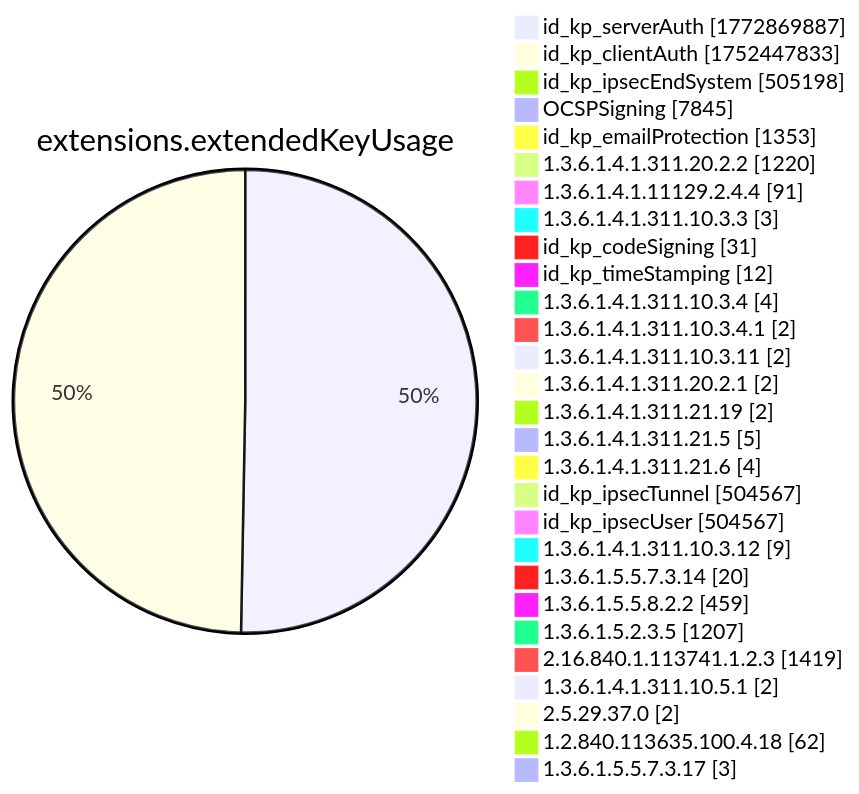
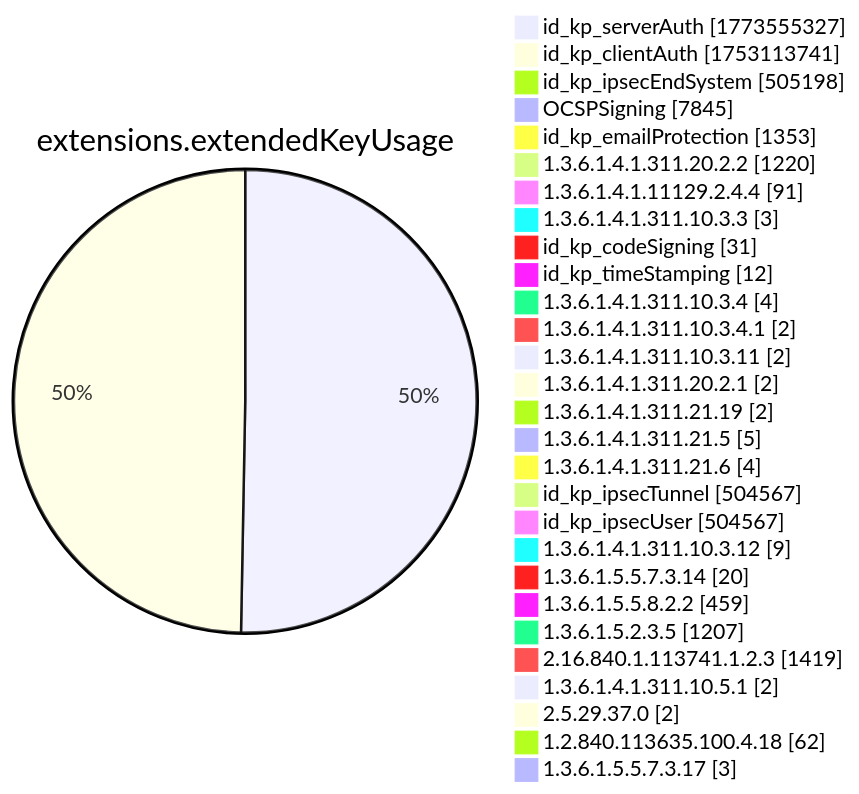
Before and after one commit to christiankrug/ctmonitor_visualization: diagram 12 of 15 in xenon2022/README.md, drawn with Mermaid. The commit also changed other lines of this file, not shown here.

````diff
--- a/xenon2022/README.md
+++ b/xenon2022/README.md
@@ -3893,32 +3893,32 @@
 ```mermaid
 pie showData
 title extensions.extendedKeyUsage
-"id_kp_serverAuth" :1772869887
-"id_kp_clientAuth" :1752447833
+"id_kp_serverAuth" :1773555327
+"id_kp_clientAuth" :1753113741
 "id_kp_ipsecEndSystem" :505198
 "OCSPSigning" :7845
 "id_kp_emailProtection" :1353
 "1.3.6.1.4.1.311.20.2.2" :1220
 "1.3.6.1.4.1.11129.2.4.4" :91
 "1.3.6.1.4.1.311.10.3.3" :3
 "id_kp_codeSigning" :31
 "id_kp_timeStamping" :12
 "1.3.6.1.4.1.311.10.3.4" :4
 "1.3.6.1.4.1.311.10.3.4.1" :2
 "1.3.6.1.4.1.311.10.3.11" :2
 "1.3.6.1.4.1.311.20.2.1" :2
 "1.3.6.1.4.1.311.21.19" :2
 "1.3.6.1.4.1.311.21.5" :5
 "1.3.6.1.4.1.311.21.6" :4
 "id_kp_ipsecTunnel" :504567
 "id_kp_ipsecUser" :504567
 "1.3.6.1.4.1.311.10.3.12" :9
 "1.3.6.1.5.5.7.3.14" :20
 "1.3.6.1.5.5.8.2.2" :459
 "1.3.6.1.5.2.3.5" :1207
 "2.16.840.1.113741.1.2.3" :1419
 "1.3.6.1.4.1.311.10.5.1" :2
 "2.5.29.37.0" :2
 "1.2.840.113635.100.4.18" :62
 "1.3.6.1.5.5.7.3.17" :3
 ```
````
